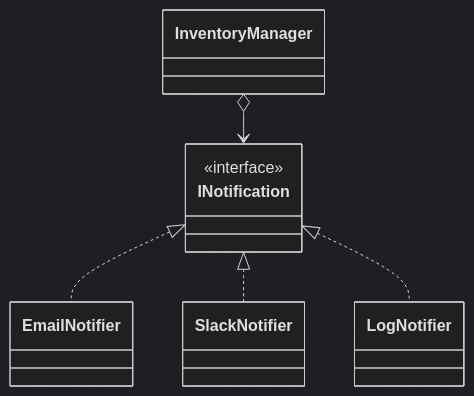
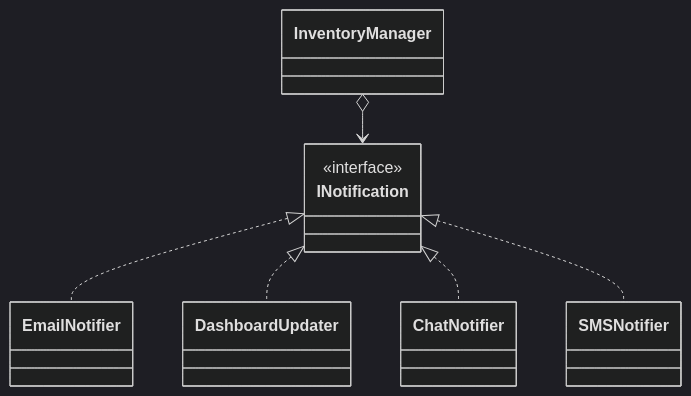
One commit to kumachan1101-pixel/DesignPattern changed the sixth of 10 diagrams in kindle/design-patterns/output/chapter07.md. Above: the diagram before and after it, drawn with Mermaid (dark theme).

Commit message:
fix: chapter07の完成後クラス図を実コードの通知先(Dashboard/Chat/SMS)に修正。誤記のSlack/LogNotifierを除去(X-STAR-13)

````diff
--- a/kindle/design-patterns/output/chapter07.md
+++ b/kindle/design-patterns/output/chapter07.md
@@ -1459,12 +1459,14 @@
 ```mermaid
 classDiagram
     class InventoryManager
     class INotification { <<interface>> }
     class EmailNotifier
-    class SlackNotifier
-    class LogNotifier
+    class DashboardUpdater
+    class ChatNotifier
+    class SMSNotifier
     InventoryManager o--> INotification
     INotification <|.. EmailNotifier
-    INotification <|.. SlackNotifier
-    INotification <|.. LogNotifier
+    INotification <|.. DashboardUpdater
+    INotification <|.. ChatNotifier
+    INotification <|.. SMSNotifier
 ```
````
